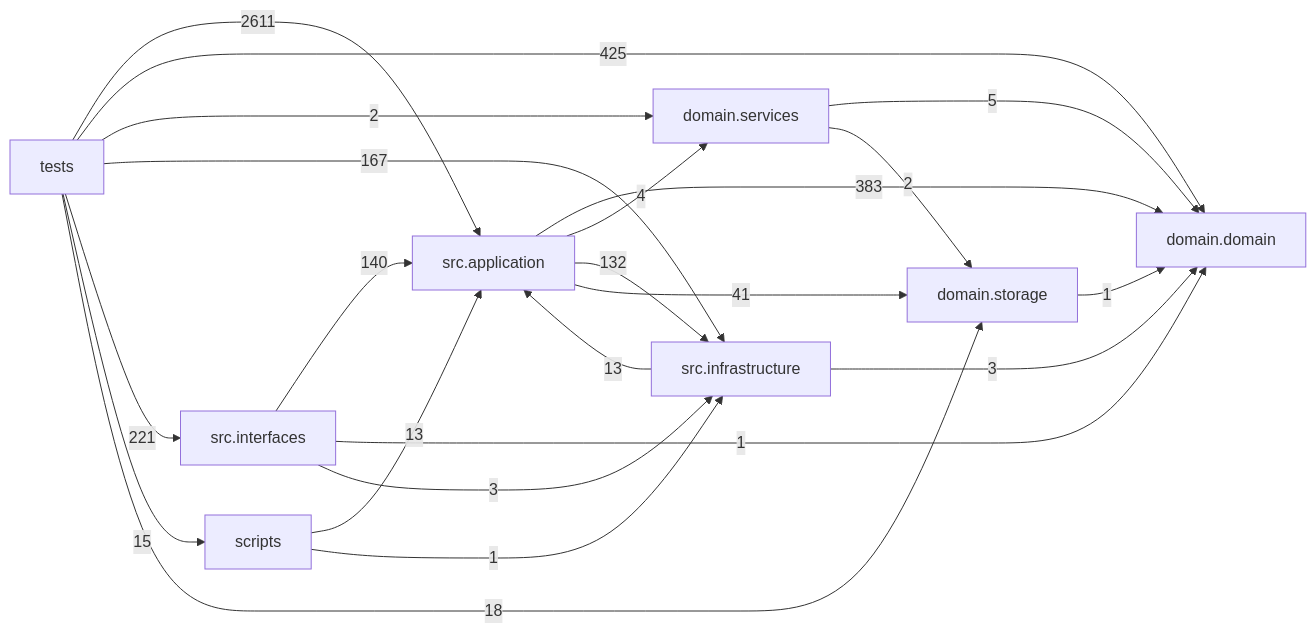
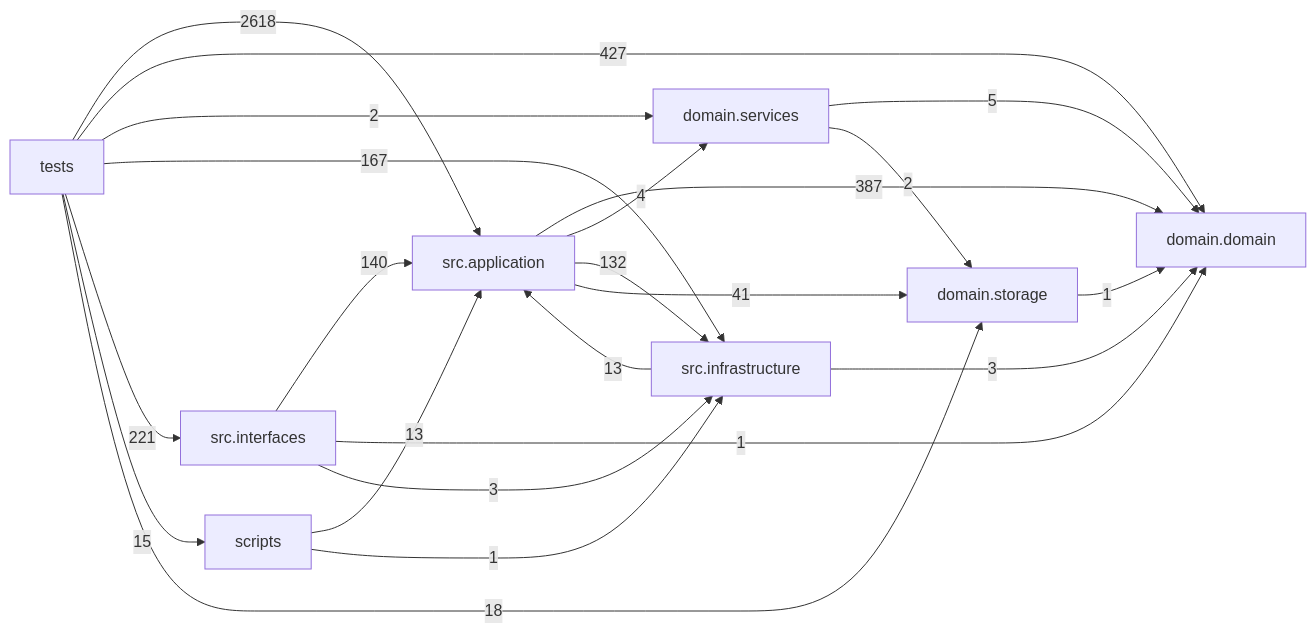
One commit to liuxie066/options-monitor changed the diagram in docs/DEPENDENCY_GRAPH.md. Above: the diagram before and after it, drawn with Mermaid. The commit also changed other lines of this file and 12 other files, not shown here.

````diff
--- a/docs/DEPENDENCY_GRAPH.md
+++ b/docs/DEPENDENCY_GRAPH.md
@@ -24,32 +24,32 @@
 ```mermaid
 flowchart LR
   tests["tests"]
   scripts["scripts"]
   interfaces["src.interfaces"]
   application["src.application"]
   infrastructure["src.infrastructure"]
   domain_services["domain.services"]
   domain["domain.domain"]
   storage["domain.storage"]
-  application -->|383| domain
+  application -->|387| domain
   application -->|4| domain_services
   application -->|132| infrastructure
   application -->|41| storage
   domain_services -->|5| domain
   domain_services -->|2| storage
   infrastructure -->|13| application
   infrastructure -->|3| domain
   interfaces -->|140| application
   interfaces -->|1| domain
   interfaces -->|3| infrastructure
   scripts -->|13| application
   scripts -->|1| infrastructure
   storage -->|1| domain
-  tests -->|2611| application
-  tests -->|425| domain
+  tests -->|2618| application
+  tests -->|427| domain
   tests -->|2| domain_services
   tests -->|167| infrastructure
   tests -->|221| interfaces
   tests -->|15| scripts
   tests -->|18| storage
 ```
````
